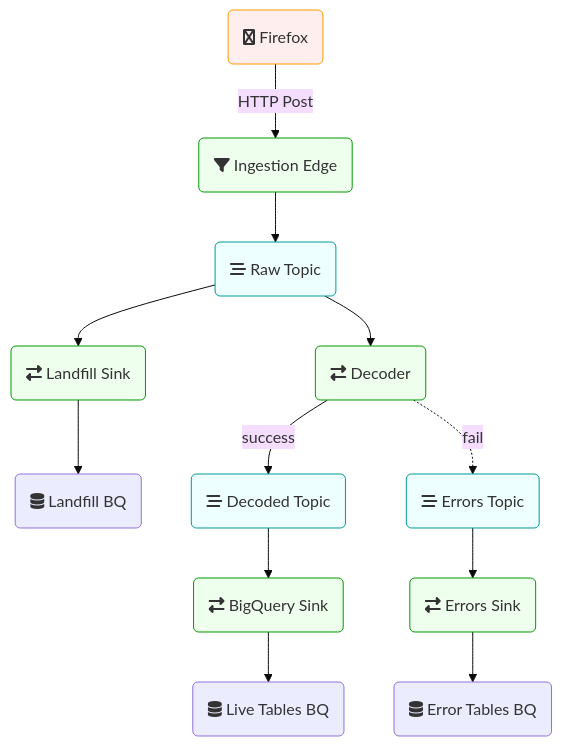
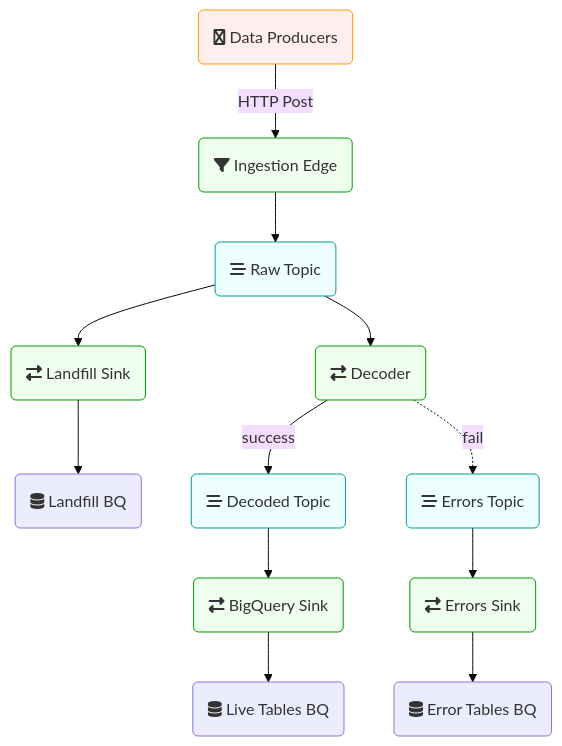
Before and after one commit to mozilla/data-docs: the diagram in src/concepts/pipeline/gcp_data_pipeline.md, drawn with Mermaid (base theme).

````diff
--- a/src/concepts/pipeline/gcp_data_pipeline.md
+++ b/src/concepts/pipeline/gcp_data_pipeline.md
@@ -14,24 +14,24 @@
 ```mermaid
 graph TD
 
-f1(fa:fa-firefox Firefox) -->|HTTP Post| d0(fa:fa-filter Ingestion Edge)
+f1(fa:fa-firefox Data Producers) -->|HTTP Post| d0(fa:fa-filter Ingestion Edge)
 d0 --> p1(fa:fa-stream Raw Topic)
 p1 --> d1(fa:fa-exchange-alt Landfill Sink)
 d1 --> b1(fa:fa-database Landfill BQ)
 p1 --> d2(fa:fa-exchange-alt Decoder)
 d2 -->|success| p2(fa:fa-stream Decoded Topic)
 d2 -.->|fail| p3(fa:fa-stream Errors Topic)
 p3 --> d4(fa:fa-exchange-alt Errors Sink)
 p2 --> d3(fa:fa-exchange-alt BigQuery Sink)
 d3 --> b2(fa:fa-database Live Tables BQ)
 d4 --> b3(fa:fa-database Error Tables BQ)
 
 classDef pubsub fill:#eff,stroke:#099;
 classDef exec fill:#efe,stroke:#090;
 classDef producers fill:#fee,stroke:#f90;
 classDef bq fill:#ececff,stroke:#9370db;
 class p1,p2,p3 pubsub
 class d0,d1,d2,d3,d4 exec
 class f1 producers
 class b1,b2,b3 bq
 ```
````
